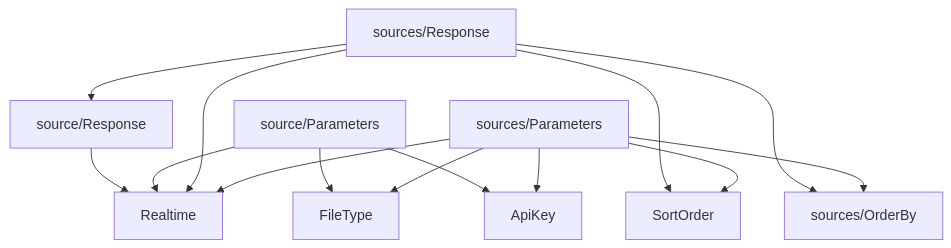
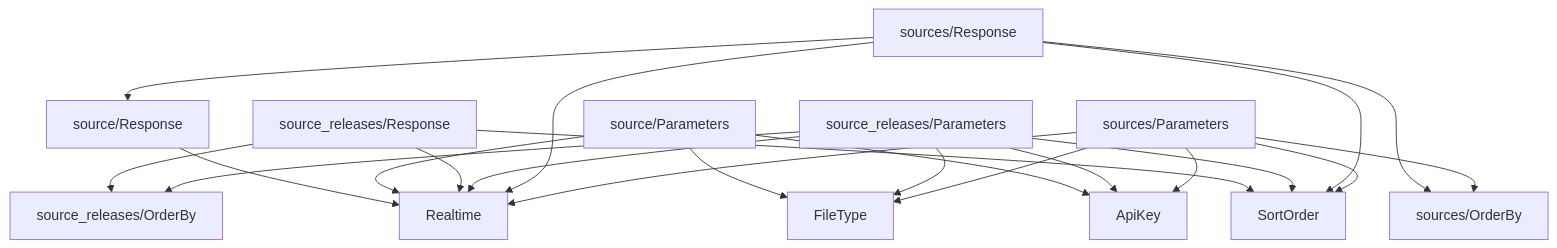
The diagram in src/fred/v1/README.md (ojhermann-org/fred), drawn with Mermaid before and after one commit. The commit also changed other lines of this file and 3 other files, not shown here.

````diff
--- a/src/fred/v1/README.md
+++ b/src/fred/v1/README.md
@@ -14,30 +15,43 @@
 ```mermaid
 graph TD
     ApiKey
     FileType
     Realtime
     SortOrder
 
     source_Response["source/Response"]
     source_Parameters["source/Parameters"]
+    source_releases_OrderBy["source_releases/OrderBy"]
+    source_releases_Response["source_releases/Response"]
+    source_releases_Parameters["source_releases/Parameters"]
     sources_OrderBy["sources/OrderBy"]
     sources_Response["sources/Response"]
     sources_Parameters["sources/Parameters"]
 
     source_Response --> Realtime
 
     source_Parameters --> ApiKey
     source_Parameters --> FileType
     source_Parameters --> Realtime
+
+    source_releases_Response --> Realtime
+    source_releases_Response --> SortOrder
+    source_releases_Response --> source_releases_OrderBy
+
+    source_releases_Parameters --> ApiKey
+    source_releases_Parameters --> FileType
+    source_releases_Parameters --> Realtime
+    source_releases_Parameters --> SortOrder
+    source_releases_Parameters --> source_releases_OrderBy
 
     sources_Response --> Realtime
     sources_Response --> sources_OrderBy
     sources_Response --> SortOrder
     sources_Response --> source_Response
 
     sources_Parameters --> ApiKey
     sources_Parameters --> FileType
     sources_Parameters --> Realtime
     sources_Parameters --> sources_OrderBy
     sources_Parameters --> SortOrder
 ```
````
